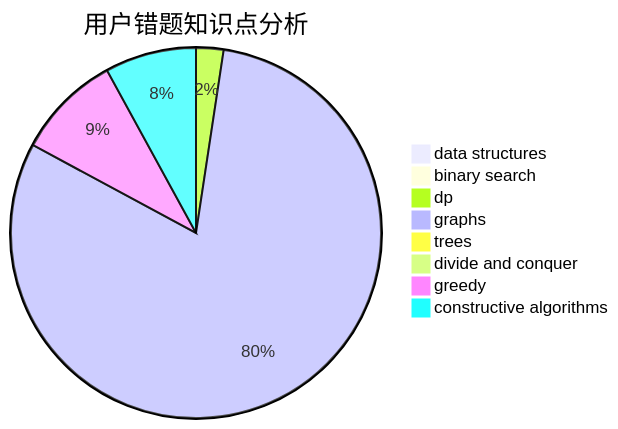
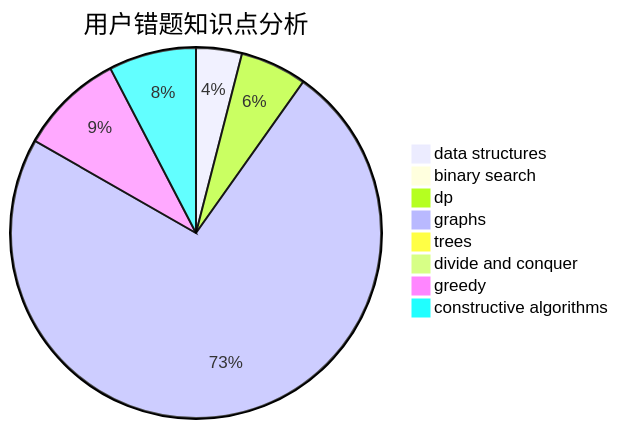
Before and after one commit to sherpahu/cfrs.github.io: the third of 3 diagrams in docs/user/u1718.md, drawn with Mermaid. The commit also changed other lines of this file and 2770 other files, not shown here.

````diff
--- a/docs/user/u1718.md
+++ b/docs/user/u1718.md
@@ -36,11 +36,11 @@
 ```mermaid
 pie title 用户错题知识点分析
-    "data structures" :  1
+    "data structures" :  11
     "binary search" :  1
-    "dp" :  6
+    "dp" :  16
     "graphs" :  202
     "trees" :  1
     "divide and conquer" :  0
-    "greedy" :  23
-    "constructive algorithms" :  20
+    "greedy" :  25
+    "constructive algorithms" :  21
 ```
````
